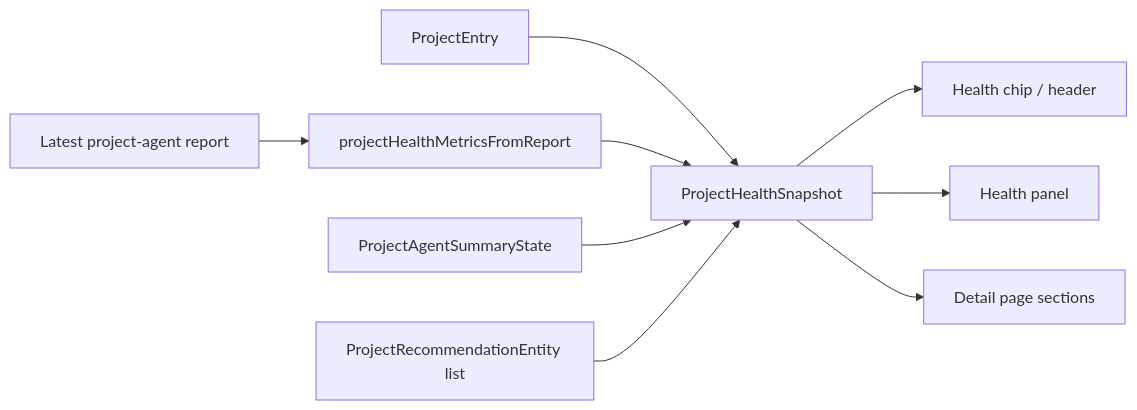
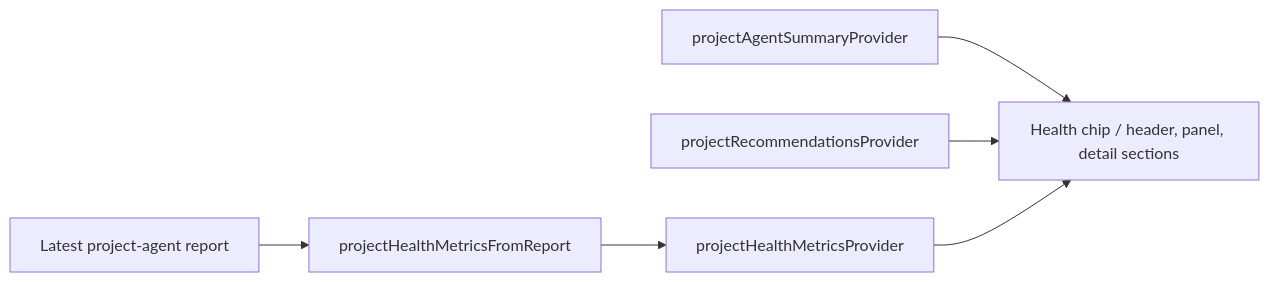
The fourth of 6 diagrams in lib/features/projects/README.md (matthiasn/lotti), drawn with Mermaid before and after one commit. The commit also changed other lines of this file and 2 other files, not shown here.

First line of the commit message:
refactor(projects): remove unused project-health aggregation API

````diff
--- a/lib/features/projects/README.md
+++ b/lib/features/projects/README.md
@@ -271,11 +273,8 @@
 ```mermaid
 flowchart LR
-  Project["ProjectEntry"] --> Snapshot["ProjectHealthSnapshot"]
   Report["Latest project-agent report"] --> Metrics["projectHealthMetricsFromReport"]
-  Metrics --> Snapshot
-  Summary["ProjectAgentSummaryState"] --> Snapshot
-  Recos["ProjectRecommendationEntity list"] --> Snapshot
-  Snapshot --> Header["Health chip / header"]
-  Snapshot --> Panel["Health panel"]
-  Snapshot --> Detail["Detail page sections"]
+  Metrics --> HealthProv["projectHealthMetricsProvider"]
+  Summary["projectAgentSummaryProvider"] --> UI
+  Recos["projectRecommendationsProvider"] --> UI
+  HealthProv --> UI["Health chip / header, panel, detail sections"]
 ```
````
